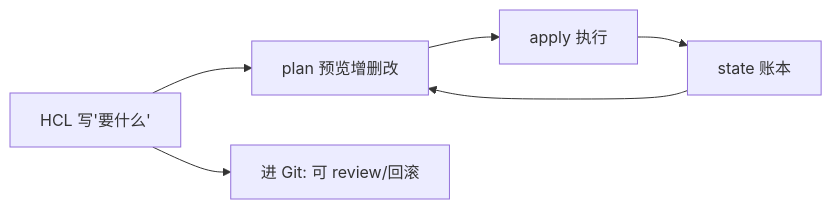
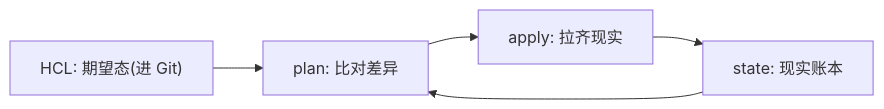
Before and after one commit to songli0103/notes: the first of 3 diagrams in 10-云原生/02-平台组件/17-opentofu+terragrunt/OpenTofu与Terragrunt.md, drawn with Mermaid. The commit also changed other lines of this file, not shown here.

````diff
--- a/10-云原生/02-平台组件/17-opentofu+terragrunt/OpenTofu与Terragrunt.md
+++ b/10-云原生/02-平台组件/17-opentofu+terragrunt/OpenTofu与Terragrunt.md
@@ -31,8 +31,7 @@
 ```mermaid
 flowchart LR
-    H["HCL 写'要什么'"] --> P["plan 预览增删改"]
-    P --> A["apply 执行"]
-    A --> S["state 账本"]
-    S --> P
-    H --> G["进 Git: 可 review/回滚"]
+    H["HCL: 期望态(进 Git)"] --> P["plan: 比对差异"]
+    S["state: 现实账本"] --> P
+    P --> A["apply: 拉齐现实"]
+    A --> S
 ```
````
